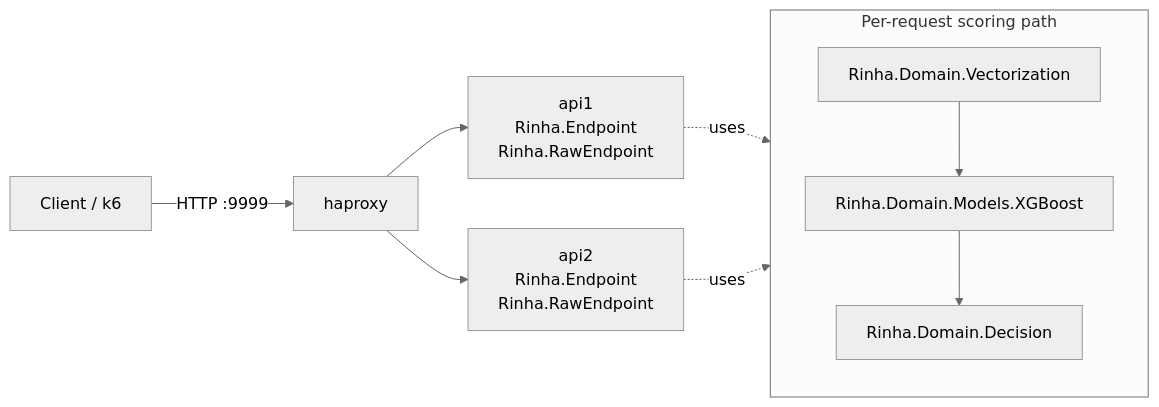
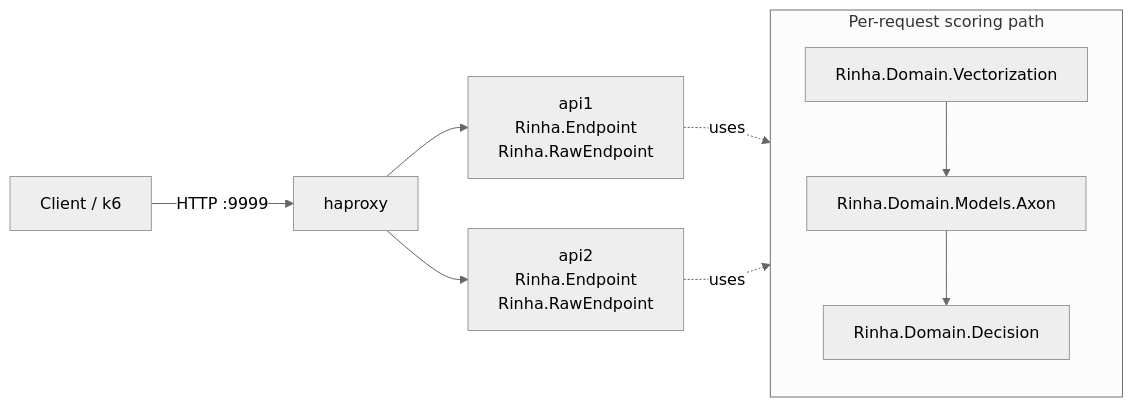
One commit to renatovico/rinha-elixir-pure changed the diagram in README.md. Above: the diagram before and after it, drawn with Mermaid (neutral theme). The commit also changed other lines of this file and 26 other files, not shown here.

````diff
--- a/README.md
+++ b/README.md
@@ -33,14 +33,14 @@
 ```mermaid
 flowchart LR
     Client[Client / k6] -->|HTTP :9999| HAProxy[haproxy]
     HAProxy --> API1[api1\nRinha.Endpoint\nRinha.RawEndpoint]
     HAProxy --> API2[api2\nRinha.Endpoint\nRinha.RawEndpoint]
 
     subgraph ScoringPath[Per-request scoring path]
-      V[Rinha.Domain.Vectorization] --> M[Rinha.Domain.Models.XGBoost]
+      V[Rinha.Domain.Vectorization] --> M[Rinha.Domain.Models.Axon]
       M --> D[Rinha.Domain.Decision]
     end
 
     API1 -. uses .-> ScoringPath
     API2 -. uses .-> ScoringPath
 ```
````
